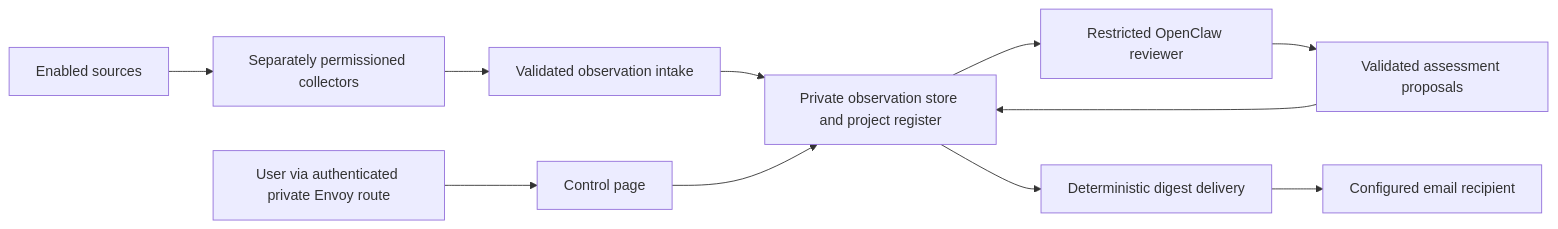
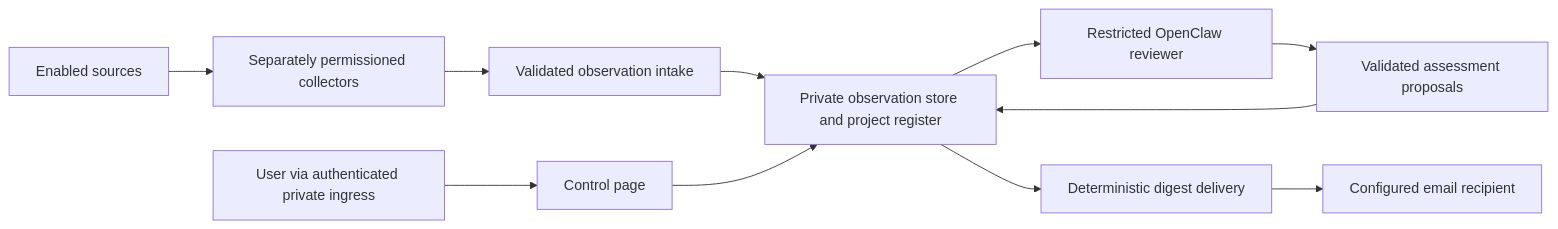
The diagram in docs/implementation.md (junr03/project-watchkeeper), drawn with Mermaid before and after one commit. The commit also changed other lines of this file and 4 other files, not shown here.

````diff
--- a/docs/implementation.md
+++ b/docs/implementation.md
@@ -22,13 +34,13 @@
 ```mermaid
 flowchart LR
     S[Enabled sources] --> C[Separately permissioned collectors]
     C --> I[Validated observation intake]
     I --> R[Private observation store and project register]
     R --> O[Restricted OpenClaw reviewer]
     O --> V[Validated assessment proposals]
     V --> R
     R --> D[Deterministic digest delivery]
     D --> E[Configured email recipient]
-    U[User via authenticated private Envoy route] --> P[Control page]
+    U[User via authenticated private ingress] --> P[Control page]
     P --> R
 ```
````
